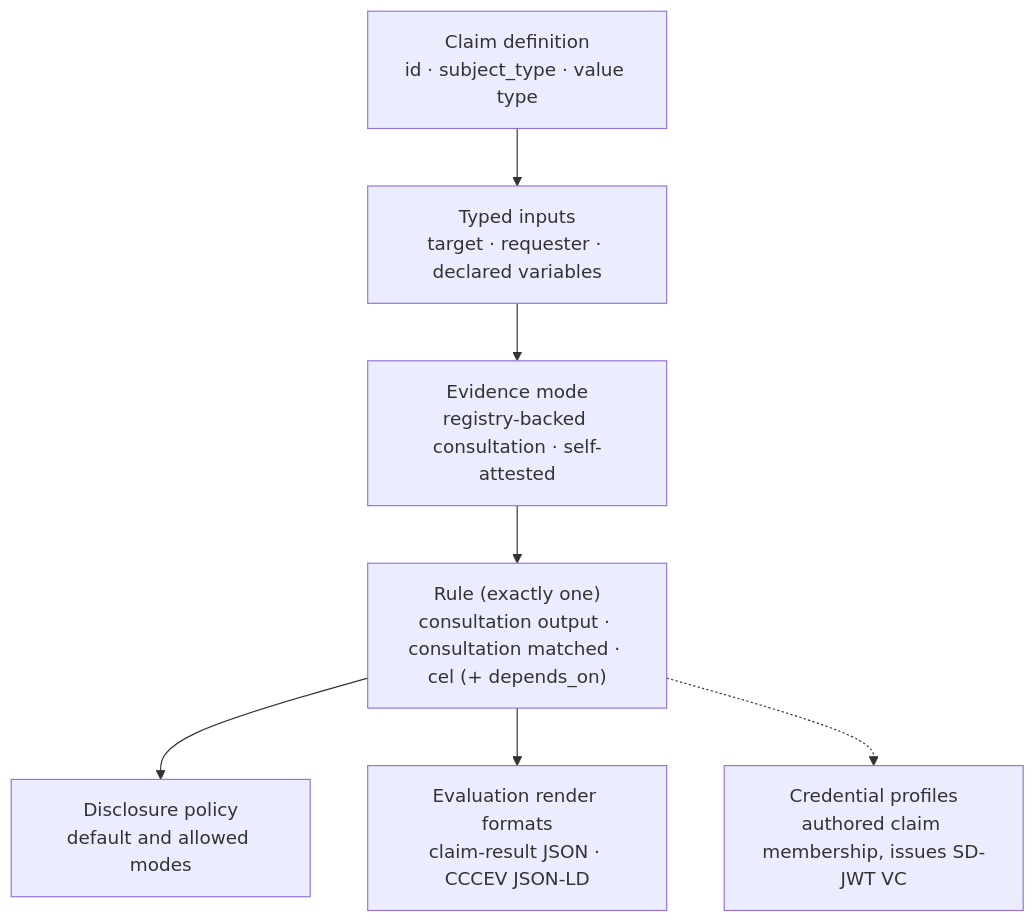
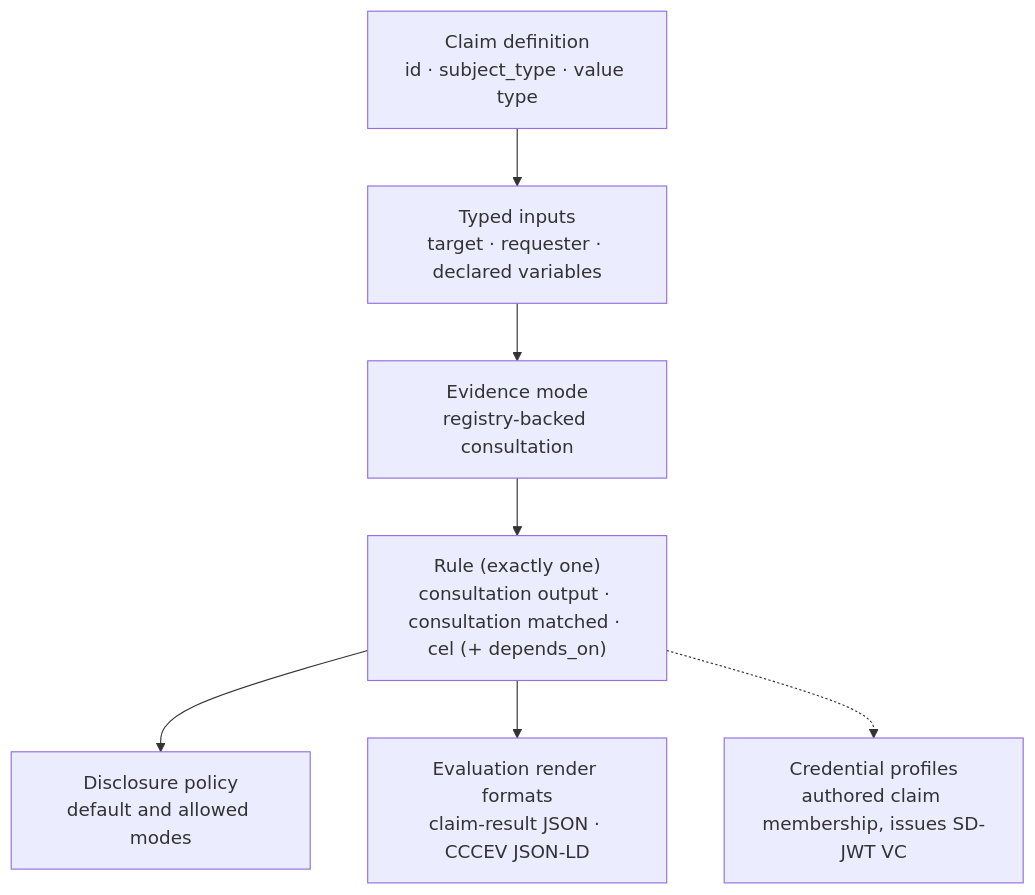
Before and after one commit to registrystack/registry-stack: the diagram in docs/site/src/content/docs/spec/rs-dm-claim.mdx, drawn with Mermaid. The commit also changed other lines of this file and 166 other files, not shown here.

Commit message:
fix(notary): remove self-attested claim evidence

````diff
--- a/docs/site/src/content/docs/spec/rs-dm-claim.mdx
+++ b/docs/site/src/content/docs/spec/rs-dm-claim.mdx
@@ -72,14 +73,14 @@
 ```mermaid
 flowchart TD
     claim["Claim definition<br/>id · subject_type · value type"]
     inputs["Typed inputs<br/>target · requester · declared variables"]
-    evidence["Evidence mode<br/>registry-backed consultation · self-attested"]
+    evidence["Evidence mode<br/>registry-backed consultation"]
     rule["Rule (exactly one)<br/>consultation output · consultation matched · cel (+ depends_on)"]
     disclosure["Disclosure policy<br/>default and allowed modes"]
     formats["Evaluation render formats<br/>claim-result JSON · CCCEV JSON-LD"]
     creds["Credential profiles<br/>authored claim membership, issues SD-JWT VC"]
     claim --> inputs --> evidence --> rule
     rule --> disclosure
     rule --> formats
     rule -.-> creds
 ```
````
